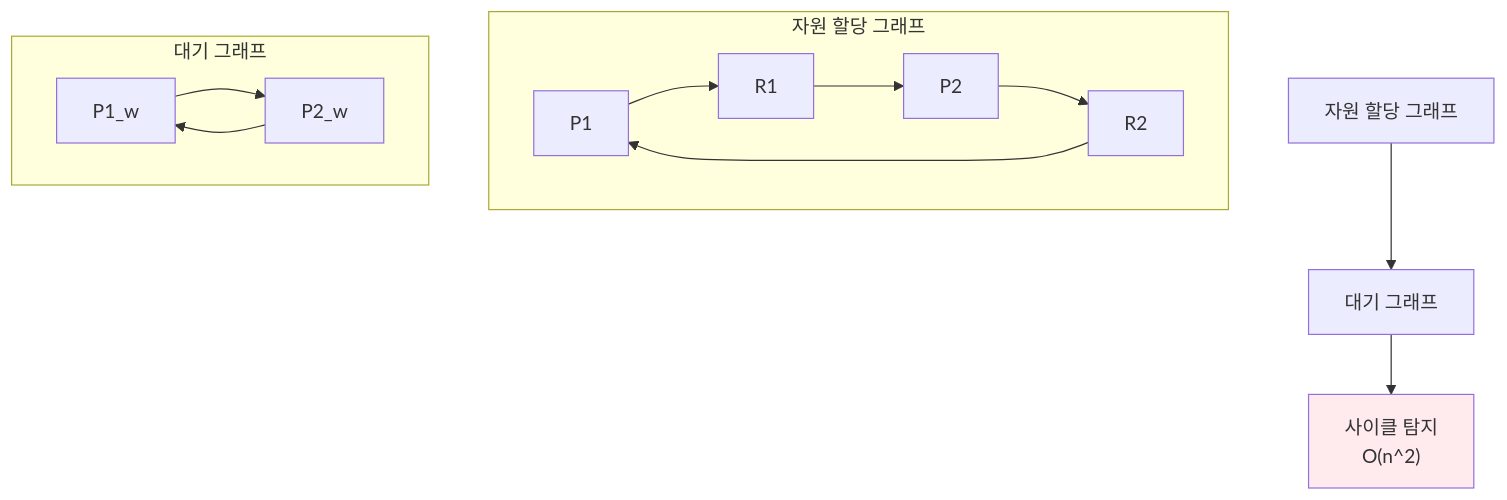
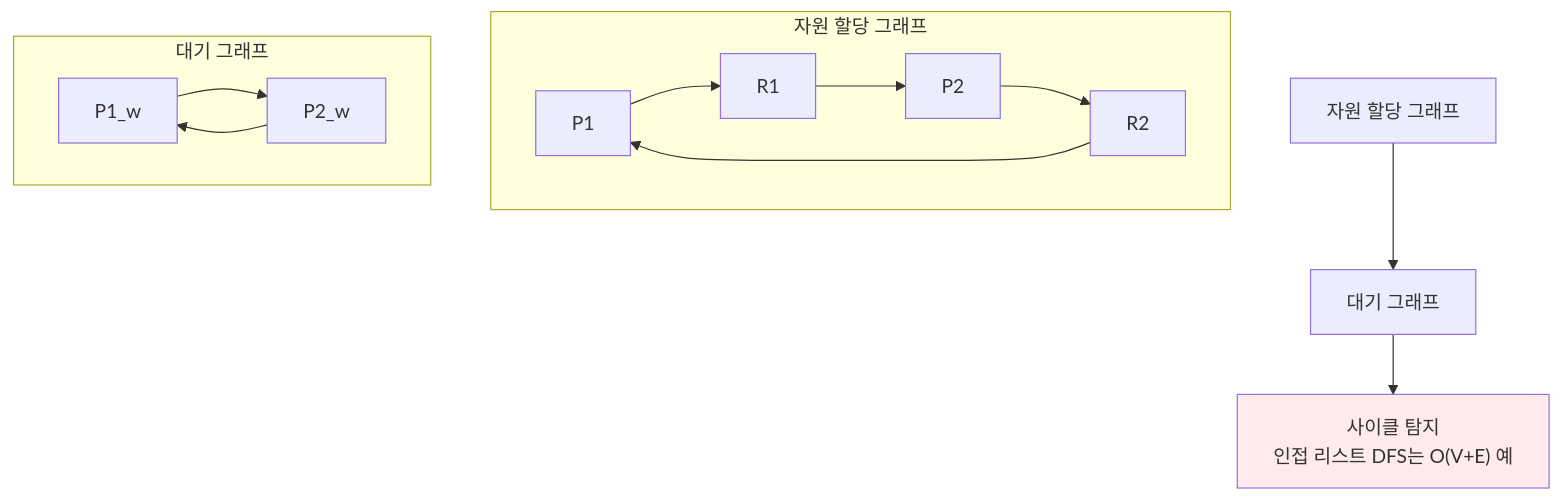
Before and after one commit to choisimo/document: diagram 21 of 26 in content/docs/os/deadlocks.md, drawn with Mermaid. The commit also changed other lines of this file and 504 other files, not shown here.

````diff
--- a/content/docs/os/deadlocks.md
+++ b/content/docs/os/deadlocks.md
@@ -587,20 +595,20 @@
 ```mermaid
 graph TD
     A[자원 할당 그래프] --> B[대기 그래프]
     
     subgraph "자원 할당 그래프"
         P1 --> R1
         R2 --> P1
         P2 --> R2
         R1 --> P2
     end
     
     subgraph "대기 그래프"
         P1_w --> P2_w
         P2_w --> P1_w
     end
     
-    B --> C["사이클 탐지<br/>O(n^2)"]
+    B --> C["사이클 탐지<br/>인접 리스트 DFS는 O(V+E) 예"]
     
     style C fill:#ffebee
 ```
````
